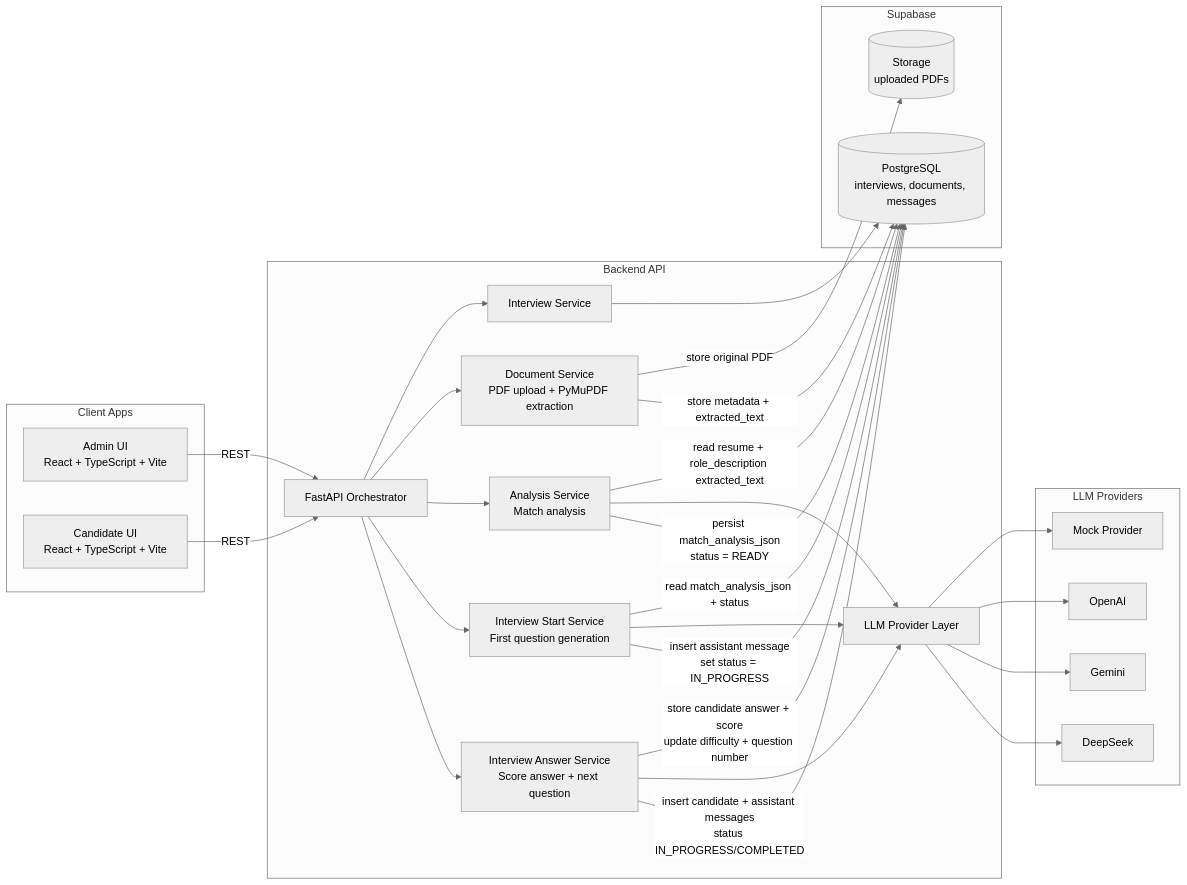
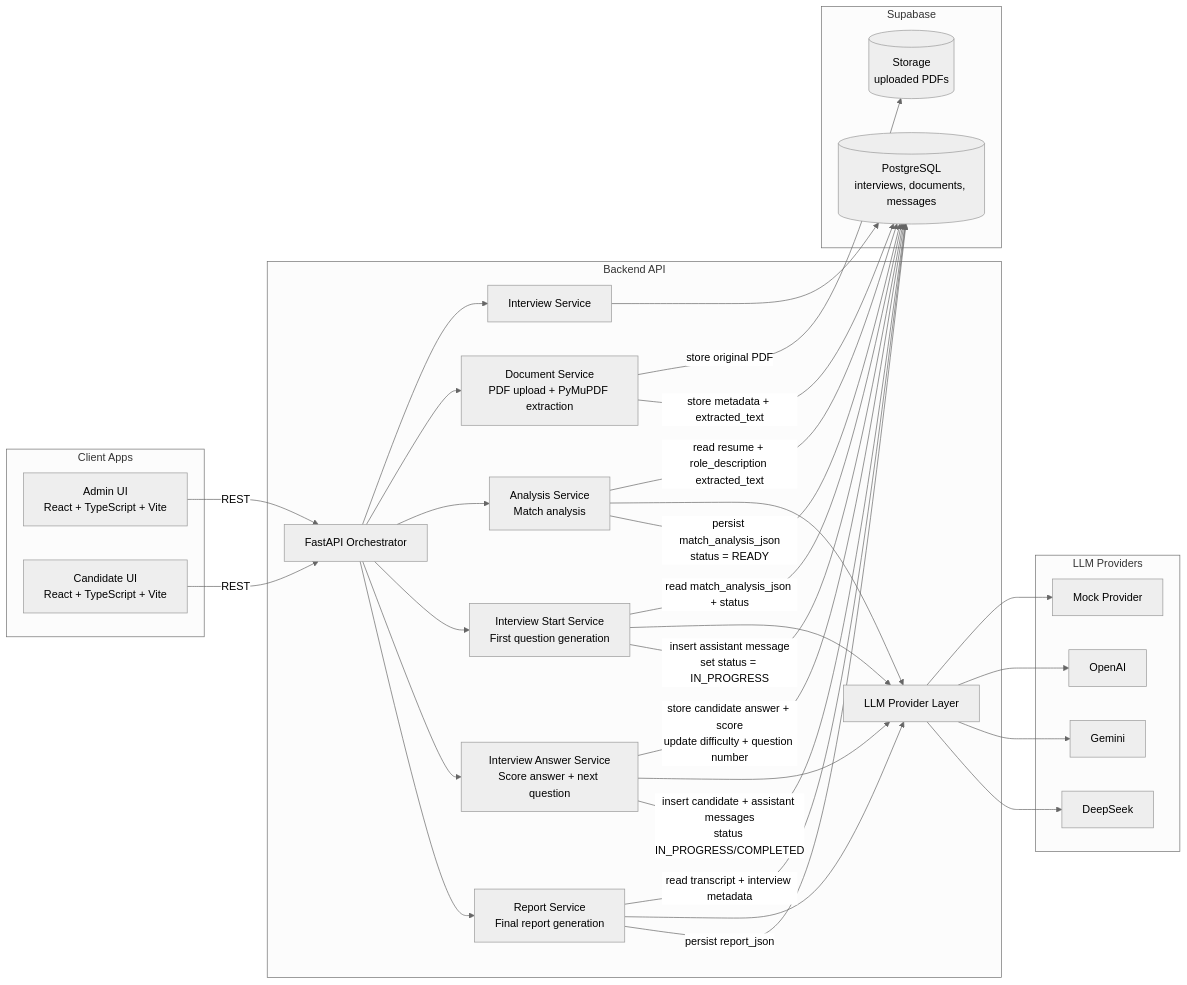
One commit to joseluismuzikant/ai-interviewer-chatbot changed the diagram in README.md. Above: the diagram before and after it, drawn with Mermaid (neutral theme). The commit also changed other lines of this file and 18 other files, not shown here.

````diff
--- a/README.md
+++ b/README.md
@@ -81,57 +94,62 @@
 ```mermaid
 flowchart LR
   subgraph Client["Client Apps"]
     A["Admin UI<br/>React + TypeScript + Vite"]
     C["Candidate UI<br/>React + TypeScript + Vite"]
   end
 
   subgraph Backend["Backend API"]
     B["FastAPI Orchestrator"]
     I["Interview Service"]
     DOC["Document Service<br/>PDF upload + PyMuPDF extraction"]
     AN["Analysis Service<br/>Match analysis"]
     STS["Interview Start Service<br/>First question generation"]
     AS["Interview Answer Service<br/>Score answer + next question"]
+    RS["Report Service<br/>Final report generation"]
     LLM["LLM Provider Layer"]
   end
 
   subgraph Supabase["Supabase"]
     DB[("PostgreSQL<br/>interviews, documents, messages")]
     ST[("Storage<br/>uploaded PDFs")]
   end
 
   subgraph Providers["LLM Providers"]
     M["Mock Provider"]
     O["OpenAI"]
     G["Gemini"]
     D["DeepSeek"]
   end
 
   A -->|"REST"| B
   C -->|"REST"| B
 
   B --> I
   B --> DOC
   B --> AN
   B --> STS
   B --> AS
+  B --> RS
 
   DOC -->|"store original PDF"| ST
   DOC -->|"store metadata + extracted_text"| DB
 
   I --> DB
   AN -->|"read resume + role_description extracted_text"| DB
   AN --> LLM
   STS -->|"read match_analysis_json + status"| DB
   STS --> LLM
   AS -->|"store candidate answer + score<br/>update difficulty + question number"| DB
   AS --> LLM
+  RS -->|"read transcript + interview metadata"| DB
+  RS --> LLM
   LLM --> M
   LLM --> O
   LLM --> G
   LLM --> D
 
   AN -->|"persist match_analysis_json<br/>status = READY"| DB
   STS -->|"insert assistant message<br/>set status = IN_PROGRESS"| DB
   AS -->|"insert candidate + assistant messages<br/>status IN_PROGRESS/COMPLETED"| DB
+  RS -->|"persist report_json"| DB
 ```
````
